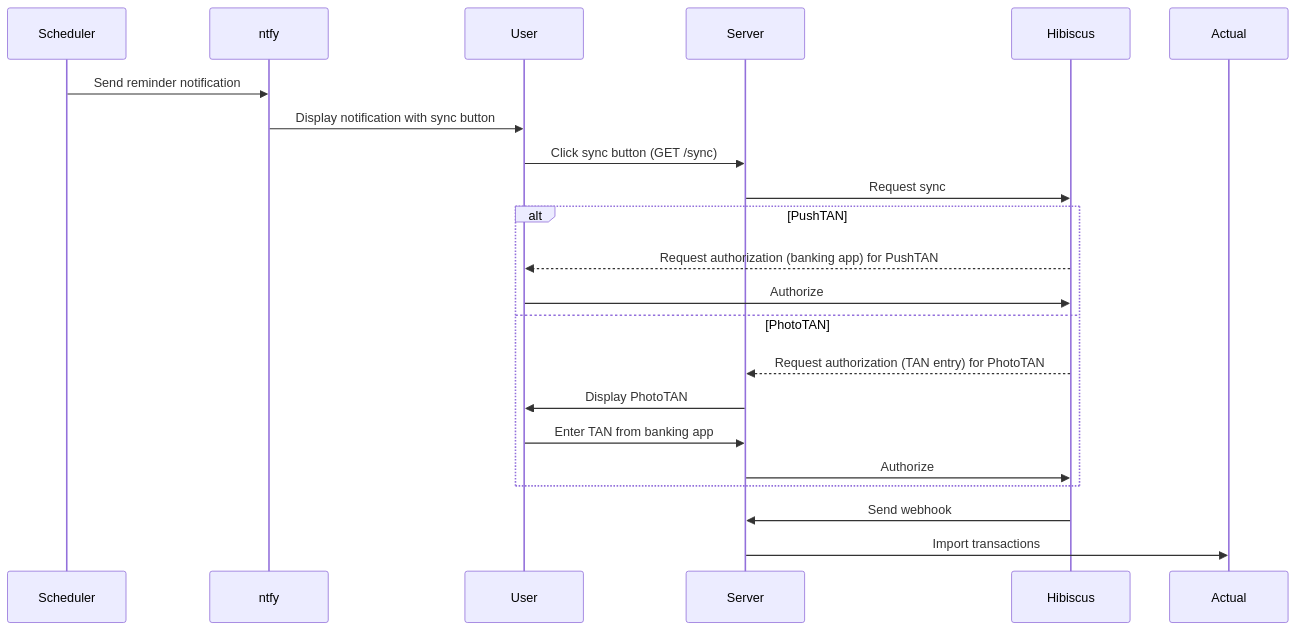
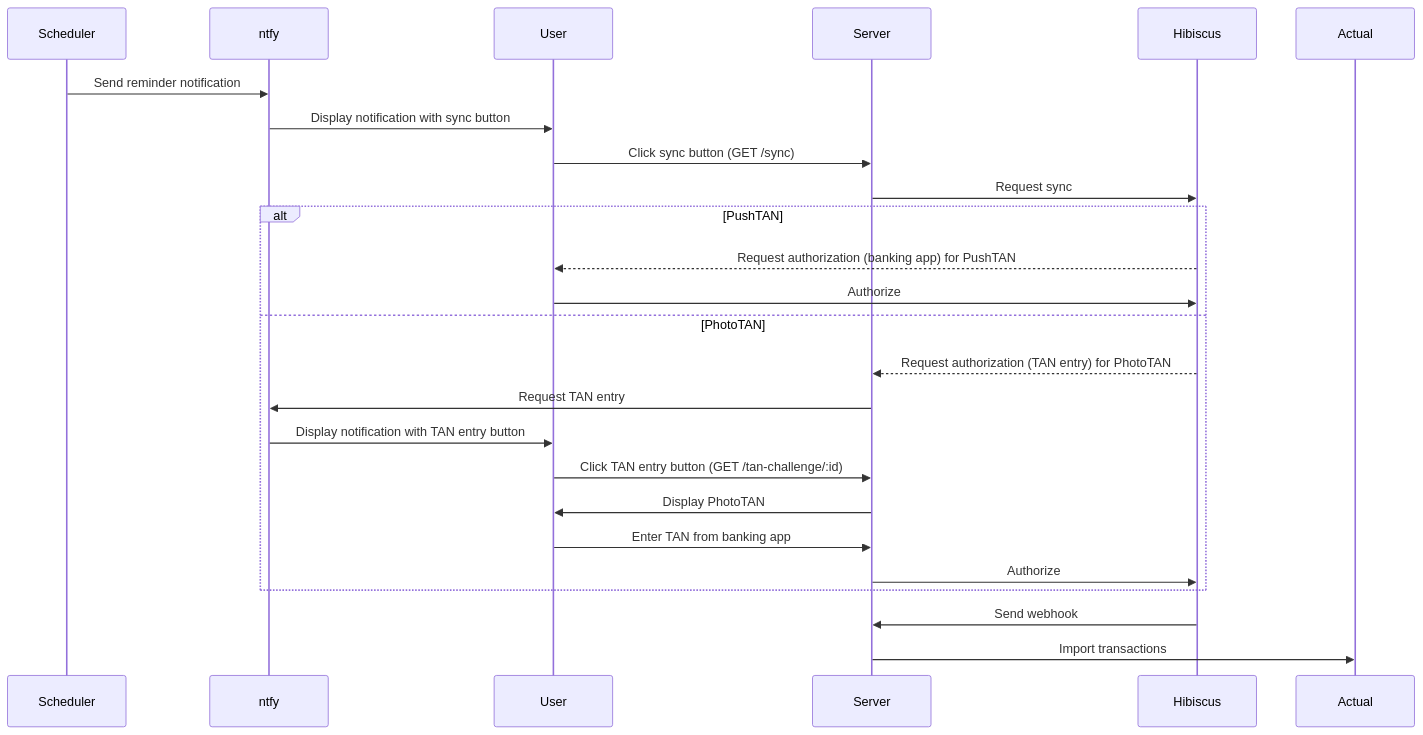
One commit to similicious/hibiscus-actual-budget changed the diagram in README.md. Above: the diagram before and after it, drawn with Mermaid.

Commit message:
Update PhotoTAN sequence diagram

````diff
--- a/README.md
+++ b/README.md
@@ -17,25 +17,28 @@
 ```mermaid
 sequenceDiagram
     participant Scheduler
     participant ntfy
     participant User
     participant Server
     participant Hibiscus
     participant Actual
 
     Scheduler->>ntfy: Send reminder notification
     ntfy->>User: Display notification with sync button
     User->>Server: Click sync button (GET /sync)
     Server->>Hibiscus: Request sync
     alt PushTAN
       Hibiscus-->>User: Request authorization (banking app) for PushTAN
       User->>Hibiscus: Authorize
     else PhotoTAN
       Hibiscus-->>Server: Request authorization (TAN entry) for PhotoTAN
+      Server->>ntfy: Request TAN entry
+      ntfy->>User: Display notification with TAN entry button
+      User->>Server: Click TAN entry button (GET /tan-challenge/:id)
       Server->>User: Display PhotoTAN
       User->>Server: Enter TAN from banking app
       Server->>Hibiscus: Authorize
     end
     Hibiscus->>Server: Send webhook
     Server->>Actual: Import transactions
 ```
````
